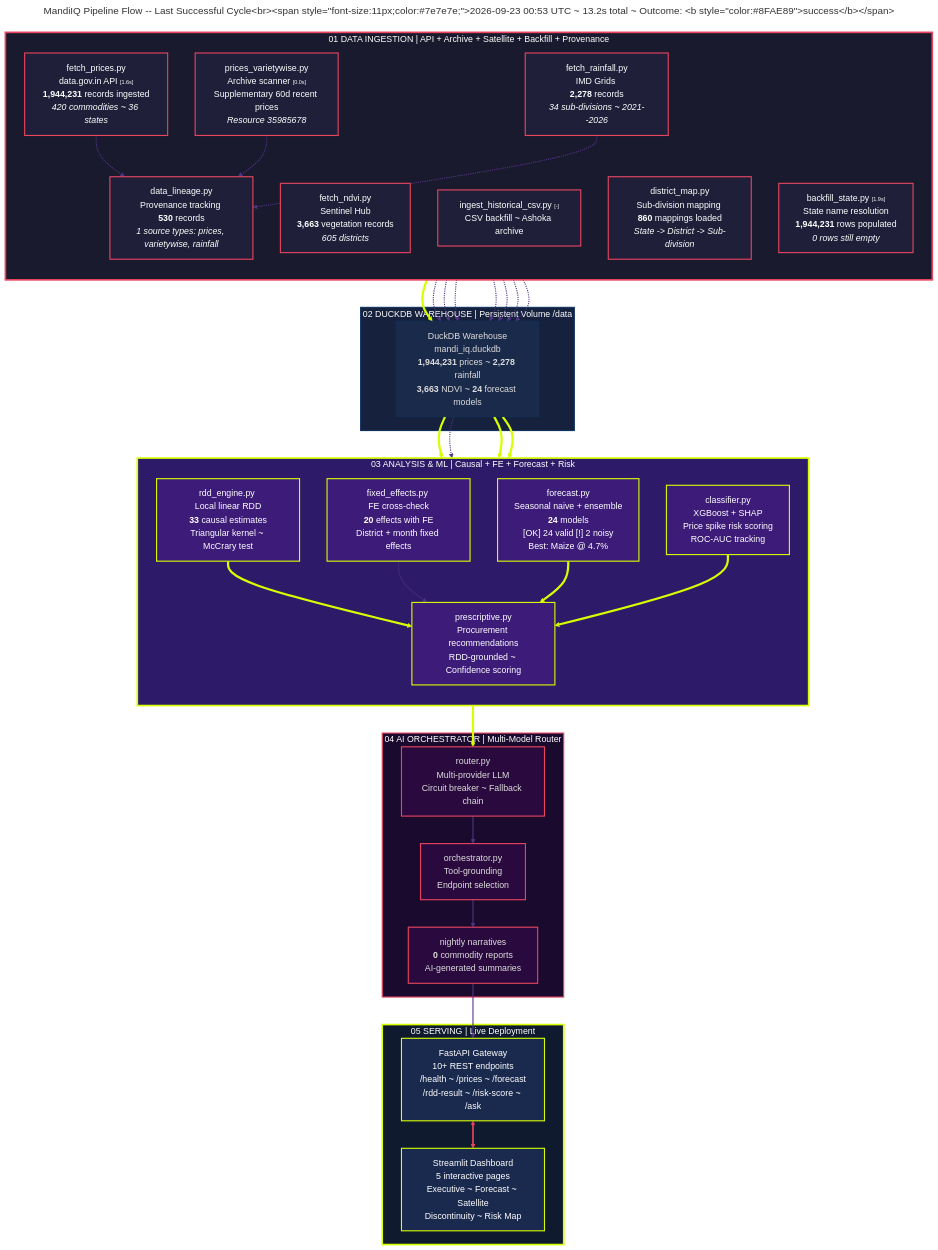
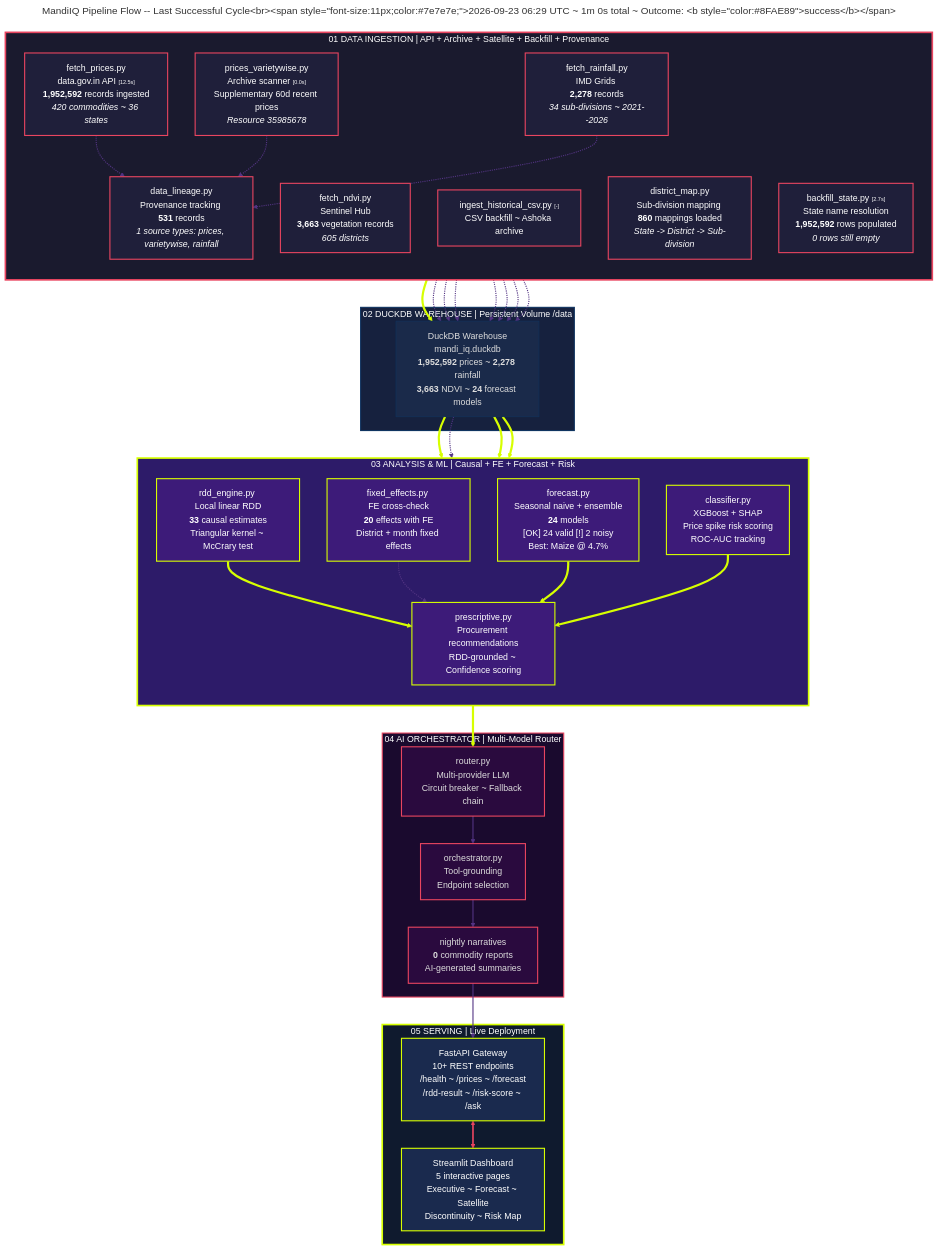
The diagram in diagrams/pipeline-flow-live.mmd (flawsom/test-mandi), drawn with Mermaid before and after one commit. The commit also changed 6 other files, not shown here.

```diff
--- a/diagrams/pipeline-flow-live.mmd
+++ b/diagrams/pipeline-flow-live.mmd
@@ -1,139 +1,139 @@
 ---
-title: "MandiIQ Pipeline Flow -- Last Successful Cycle<br/><span style='font-size:11px;color:#7e7e7e;'>2026-09-23 00:53 UTC ~ 13.2s total ~ Outcome: <b style='color:#8FAE89'>success</b></span>"
+title: "MandiIQ Pipeline Flow -- Last Successful Cycle<br/><span style='font-size:11px;color:#7e7e7e;'>2026-09-23 06:29 UTC ~ 1m 0s total ~ Outcome: <b style='color:#8FAE89'>success</b></span>"
 ---
 %%{init: {
   "theme": "dark",
   "themeVariables": {
     "primaryColor": "#1a1a2e",
     "primaryTextColor": "#ffffff",
     "primaryBorderColor": "#d7ff00",
     "lineColor": "#d7ff00",
     "secondaryColor": "#16213e",
     "tertiaryColor": "#0f3460",
     "mainBkg": "#0d0d1a",
     "nodeBorder": "#533483",
     "clusterBkg": "#0a0a12",
     "clusterBorder": "#2a2a4a",
     "titleColor": "#d7ff00",
     "edgeLabelBackground": "#0d0d1a",
     "nodeTextColor": "#ffffff",
     "fontFamily": "\"Space Grotesk\", \"Inter\", sans-serif"
   },
   "flowchart": {
     "useMaxWidth": true,
     "htmlLabels": true,
     "curve": "basis",
     "padding": 20
   }
 }%%
 flowchart TD
     %% Stage 1: DATA INGESTION
     subgraph S1["01 DATA INGESTION  | API + Archive + Satellite + Backfill + Provenance"]
         direction TB
-        A1["fetch_prices.py<br/>data.gov.in API <span style='color:#7e7e7e;font-size:10px;'>[1.6s]</span><br/><b>1,944,231</b> records ingested<br/><i>420 commodities ~ 36 states</i>"]
+        A1["fetch_prices.py<br/>data.gov.in API <span style='color:#7e7e7e;font-size:10px;'>[12.5s]</span><br/><b>1,952,592</b> records ingested<br/><i>420 commodities ~ 36 states</i>"]
         A2["prices_varietywise.py<br/>Archive scanner <span style='color:#7e7e7e;font-size:10px;'>[0.0s]</span><br/>Supplementary 60d recent prices<br/><i>Resource 35985678</i>"]
         A3["fetch_rainfall.py<br/>IMD Grids <br/><b>2,278</b> records<br/><i>34 sub-divisions ~ 2021--2026</i>"]
         A4["fetch_ndvi.py<br/>Sentinel Hub <br/><b>3,663</b> vegetation records<br/><i>605 districts</i>"]
         A5["ingest_historical_csv.py <span style='color:#7e7e7e;font-size:10px;'>[-]</span><br/>CSV backfill ~ Ashoka archive"]
         A6["district_map.py<br/>Sub-division mapping <br/><b>860</b> mappings loaded<br/><i>State -> District -> Sub-division</i>"]
-        A7["backfill_state.py <span style='color:#7e7e7e;font-size:10px;'>[1.9s]</span><br/>State name resolution<br/><b>1,944,231</b> rows populated<br/><i>0 rows still empty</i>"]
-        A8["data_lineage.py<br/>Provenance tracking <br/><b>530</b> records<br/><i>1 source types: prices, varietywise, rainfall</i>"]
+        A7["backfill_state.py <span style='color:#7e7e7e;font-size:10px;'>[2.7s]</span><br/>State name resolution<br/><b>1,952,592</b> rows populated<br/><i>0 rows still empty</i>"]
+        A8["data_lineage.py<br/>Provenance tracking <br/><b>531</b> records<br/><i>1 source types: prices, varietywise, rainfall</i>"]
     end
 
     %% Stage 2: DUCKDB WAREHOUSE
     subgraph S2["02 DUCKDB WAREHOUSE  | Persistent Volume /data"]
-        B1["DuckDB Warehouse<br/>mandi_iq.duckdb<br/><b>1,944,231</b> prices ~ <b>2,278</b> rainfall<br/><b>3,663</b> NDVI ~ <b>24</b> forecast models"]
+        B1["DuckDB Warehouse<br/>mandi_iq.duckdb<br/><b>1,952,592</b> prices ~ <b>2,278</b> rainfall<br/><b>3,663</b> NDVI ~ <b>24</b> forecast models"]
     end
 
     %% Stage 3: ANALYSIS & ML
     subgraph S3["03 ANALYSIS & ML  | Causal + FE + Forecast + Risk"]
         direction TB
         C1["rdd_engine.py <br/>Local linear RDD<br/><b>33</b> causal estimates<br/>Triangular kernel ~ McCrary test"]
         C2["fixed_effects.py <br/>FE cross-check<br/><b>20</b> effects with FE<br/>District + month fixed effects"]
         C3["forecast.py <br/>Seasonal naive + ensemble<br/><b>24</b> models<br/><span style='color:#8FAE89'>[OK] 24 valid</span> <span style='color:#D9663B'>[!] 2 noisy</span><br/>Best: Maize @ 4.7%"]
         C4["classifier.py <br/>XGBoost + SHAP<br/>Price spike risk scoring<br/>ROC-AUC tracking"]
         C5["prescriptive.py<br/>Procurement recommendations<br/>RDD-grounded ~ Confidence scoring"]
     end
 
     %% Stage 4: AI ORCHESTRATOR
     subgraph S4["04 AI ORCHESTRATOR  | Multi-Model Router"]
         D1["router.py<br/>Multi-provider LLM<br/>Circuit breaker ~ Fallback chain"]
         D2["orchestrator.py<br/>Tool-grounding<br/>Endpoint selection"]
         D3["nightly narratives<br/><b>0</b> commodity reports<br/>AI-generated summaries"]
     end
 
     %% Stage 5: SERVING
     subgraph S5["05 SERVING  | Live Deployment"]
         E1["FastAPI Gateway<br/>10+ REST endpoints<br/>/health ~ /prices ~ /forecast<br/>/rdd-result ~ /risk-score ~ /ask"]
         E2["Streamlit Dashboard<br/>5 interactive pages<br/>Executive ~ Forecast ~ Satellite<br/>Discontinuity ~ Risk Map"]
     end
 
     %% Main flow: ingestion -> warehouse
     A1 ==> B1
     A2 -.-> B1
     A3 -.-> B1
     A4 -.-> B1
     A5 -.-> B1
     A6 -.-> B1
     A7 -.-> B1
 
     %% Main flow: ingestion -> provenance tracking
     A1 -.-> A8
     A2 -.-> A8
     A3 -.-> A8
     A8 -.-> B1
 
     %% Main flow: warehouse -> analysis
     B1 ==> C1
     B1 -.-> C2
     B1 ==> C3
     B1 ==> C4
 
     %% Main flow: analysis -> prescriptive -> AI
     C1 ==> C5
     C2 -.-> C5
     C3 ==> C5
     C4 ==> C5
 
     C5 ==> D1
     D1 ==> D2
     D2 ==> D3
     D3 ==> E1
 
     E1 <==> E2
 
     %% Edge styling: thick = primary path
     linkStyle 0,11,13,14,15,17,18,19 stroke-width:4px,stroke:#d7ff00,fill:none
     linkStyle 1,2,3,4,5,6,7,8,9,10,12,16,20,21,22 stroke-width:2px,stroke:#533483,fill:none
     linkStyle 23 stroke-width:3px,stroke:#e94560,fill:none
 
     %% Stage classes
     classDef stage1 fill:#1a1a2e,stroke:#e94560,stroke-width:3px,color:#fff
     classDef stage1Node fill:#1f1f3a,stroke:#e94560,stroke-width:2px,color:#fff
 
     classDef stage2 fill:#16213e,stroke:#0f3460,stroke-width:2px,color:#fff
     classDef stage2Node fill:#1a2a4a,stroke:#0f3460,stroke-width:1px,color:#ddd
 
     classDef stage3 fill:#2d1b69,stroke:#d7ff00,stroke-width:3px,color:#fff
     classDef stage3Node fill:#3d1b79,stroke:#d7ff00,stroke-width:2px,color:#fff
 
     classDef stage4 fill:#1a0a2e,stroke:#e94560,stroke-width:2px,color:#fff
     classDef stage4Node fill:#2a0a3e,stroke:#e94560,stroke-width:2px,color:#ddd
 
     classDef stage5 fill:#0f1a2e,stroke:#d7ff00,stroke-width:3px,color:#fff
     classDef stage5Node fill:#1a2a4e,stroke:#d7ff00,stroke-width:2px,color:#fff
 
     class S1 stage1
     class A1,A2,A3,A4,A5,A6,A7,A8 stage1Node
 
     class S2 stage2
     class B1 stage2Node
 
     class S3 stage3
     class C1,C2,C3,C4,C5 stage3Node
 
     class S4 stage4
     class D1,D2,D3 stage4Node
 
     class S5 stage5
     class E1,E2 stage5Node
```
